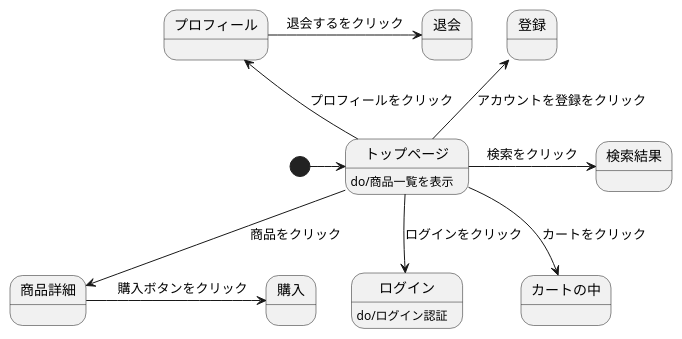
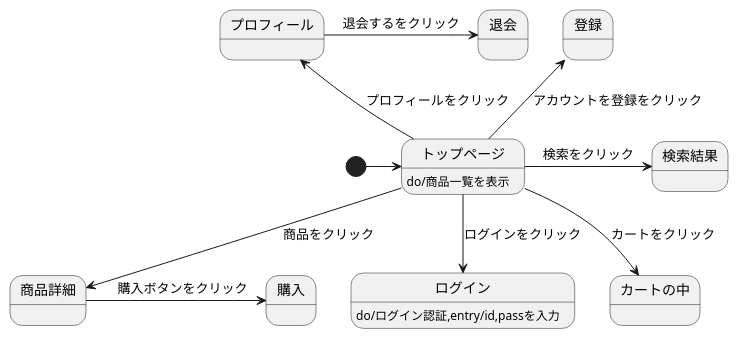
The diagram in stm01.md (Aso2001159/2021sys-design), drawn with PlantUML before and after one commit.

````diff
--- a/stm01.md
+++ b/stm01.md
@@ -1,17 +1,17 @@
 ```uml
 
 @startuml
 [*]->トップページ
 トップページ : do/商品一覧を表示
 トップページ-->商品詳細 : 商品をクリック
   商品詳細->購入 :　購入ボタンをクリック
 トップページ-down->ログイン :ログインをクリック
-  ログイン : do/ログイン認証
+  ログイン : do/ログイン認証,entry/id,passを入力
 トップページ-->カートの中 :カートをクリック
 トップページ-up->登録 :アカウントを登録をクリック
 トップページ->検索結果 :検索をクリック
 トップページ-up->プロフィール :プロフィールをクリック
   プロフィール->退会 :退会するをクリック
 @enduml
 
 ```
````
